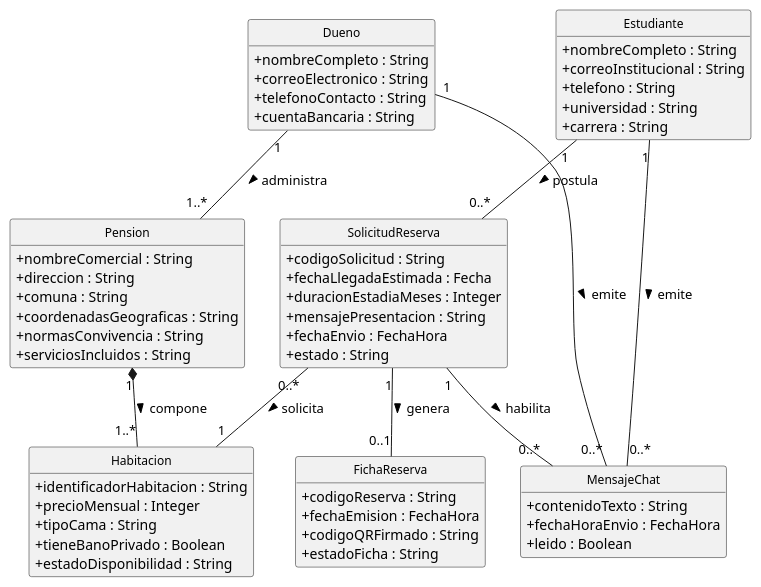
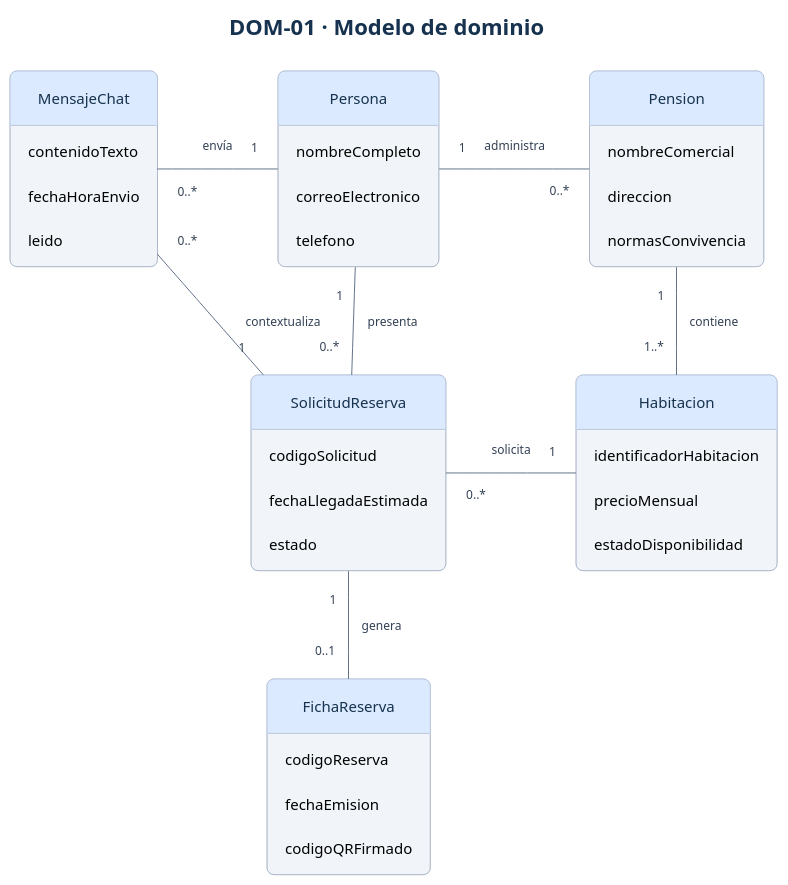
Before and after one commit to busca-tunido-requisitos/entrega-1: the diagram in diagramas/modelo-dominio.puml, drawn with PlantUML. The commit also changed 11 other files, not shown here.

Commit message:
Simplifica y mejora los diagramas 08, 09 y 11

```diff
--- a/diagramas/modelo-dominio.puml
+++ b/diagramas/modelo-dominio.puml
@@ -1,75 +1,70 @@
 @startuml
-skinparam classAttributeIconSize 0
-skinparam monochrome false
-skinparam roundcorner 5
+title DOM-01 · Modelo de dominio
+skinparam defaultFontName Arial
+skinparam defaultFontSize 15
+skinparam titleFontSize 22
+skinparam titleFontColor #16324F
+skinparam backgroundColor #FFFFFF
 skinparam shadowing false
-skinparam defaultFontName Arial
-skinparam classFontSize 12
-
+skinparam ArrowColor #64748B
+skinparam ArrowFontColor #334155
+skinparam ArrowFontSize 12
+skinparam roundcorner 14
+skinparam nodesep 65
+skinparam ranksep 65
+skinparam padding 12
+skinparam classBackgroundColor #F1F5F9
+skinparam classBorderColor #94A3B8
+skinparam classHeaderBackgroundColor #DBEAFE
+skinparam classFontColor #16324F
+skinparam stateBackgroundColor #EFF6FF
+skinparam stateBorderColor #7C9CBF
+skinparam stateFontColor #16324F
+skinparam usecaseBackgroundColor #EFF6FF
+skinparam usecaseBorderColor #7C9CBF
+skinparam usecaseFontColor #16324F
+skinparam actorBorderColor #475569
+skinparam actorFontColor #16324F
+skinparam rectangleBorderColor #CBD5E1
+skinparam rectangleFontColor #16324F
 hide methods
 hide circle
-
-class Estudiante {
-  + nombreCompleto : String
-  + correoInstitucional : String
-  + telefono : String
-  + universidad : String
-  + carrera : String
+skinparam classAttributeIconSize 0
+class Persona {
+  nombreCompleto
+  correoElectronico
+  telefono
 }
-
-class Dueno {
-  + nombreCompleto : String
-  + correoElectronico : String
-  + telefonoContacto : String
-  + cuentaBancaria : String
+class Pension {
+  nombreComercial
+  direccion
+  normasConvivencia
 }
-
-class Pension {
-  + nombreComercial : String
-  + direccion : String
-  + comuna : String
-  + coordenadasGeograficas : String
-  + normasConvivencia : String
-  + serviciosIncluidos : String
+class Habitacion {
+  identificadorHabitacion
+  precioMensual
+  estadoDisponibilidad
 }
-
-class Habitacion {
-  + identificadorHabitacion : String
-  + precioMensual : Integer
-  + tipoCama : String
-  + tieneBanoPrivado : Boolean
-  + estadoDisponibilidad : String
+class SolicitudReserva {
+  codigoSolicitud
+  fechaLlegadaEstimada
+  estado
 }
-
-class SolicitudReserva {
-  + codigoSolicitud : String
-  + fechaLlegadaEstimada : Fecha
-  + duracionEstadiaMeses : Integer
-  + mensajePresentacion : String
-  + fechaEnvio : FechaHora
-  + estado : String
+class FichaReserva {
+  codigoReserva
+  fechaEmision
+  codigoQRFirmado
 }
-
-class FichaReserva {
-  + codigoReserva : String
-  + fechaEmision : FechaHora
-  + codigoQRFirmado : String
-  + estadoFicha : String
+class MensajeChat {
+  contenidoTexto
+  fechaHoraEnvio
+  leido
 }
-
-class MensajeChat {
-  + contenidoTexto : String
-  + fechaHoraEnvio : FechaHora
-  + leido : Boolean
-}
-
-Dueno "1" -- "1..*" Pension : administra >
-Pension "1" *-- "1..*" Habitacion : compone >
-Estudiante "1" -- "0..*" SolicitudReserva : postula >
-SolicitudReserva "0..*" -- "1" Habitacion : solicita >
-SolicitudReserva "1" -- "0..1" FichaReserva : genera >
-SolicitudReserva "1" -- "0..*" MensajeChat : habilita >
-Estudiante "1" -- "0..*" MensajeChat : emite >
-Dueno "1" -- "0..*" MensajeChat : emite >
-
+Persona "1" -right- "0..*" Pension : administra
+Pension "1" -down- "1..*" Habitacion : contiene
+Persona "1" -down- "0..*" SolicitudReserva : presenta
+SolicitudReserva "0..*" -right- "1" Habitacion : solicita
+SolicitudReserva "1" -down- "0..1" FichaReserva : genera
+SolicitudReserva "1" -left- "0..*" MensajeChat : contextualiza
+Persona "1" -left- "0..*" MensajeChat : envía
 @enduml
```
